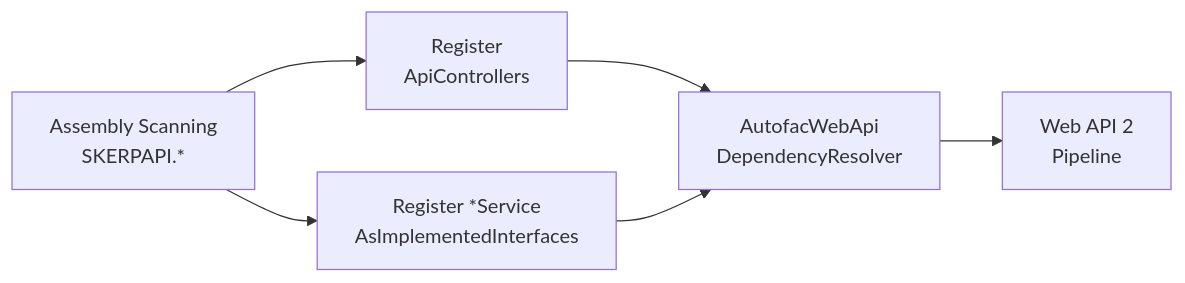
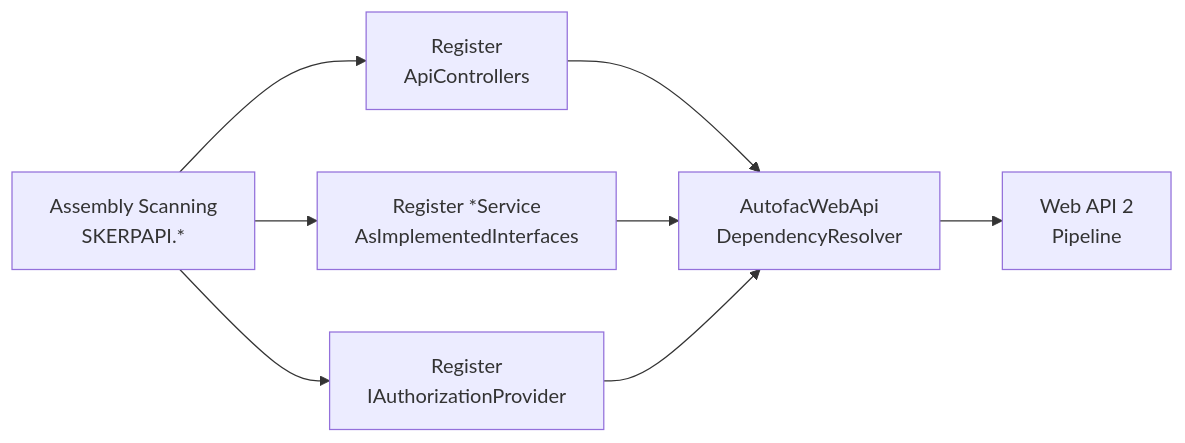
Before and after one commit to fdjy1234/SKERPAPI: the sixth of 6 diagrams in docs/SKERPAPI-Architecture-Document.md, drawn with Mermaid. The commit also changed other lines of this file and 30 other files, not shown here.

````diff
--- a/docs/SKERPAPI-Architecture-Document.md
+++ b/docs/SKERPAPI-Architecture-Document.md
@@ -186,8 +347,10 @@
 ```mermaid
 flowchart LR
     Scan["Assembly Scanning<br/>SKERPAPI.*"] --> Controllers["Register<br/>ApiControllers"]
     Scan --> Services["Register *Service<br/>AsImplementedInterfaces"]
+    Scan --> AuthZ["Register<br/>IAuthorizationProvider"]
     Controllers --> Resolver["AutofacWebApi<br/>DependencyResolver"]
     Services --> Resolver
+    AuthZ --> Resolver
     Resolver --> WebApi["Web API 2<br/>Pipeline"]
 ```
````
